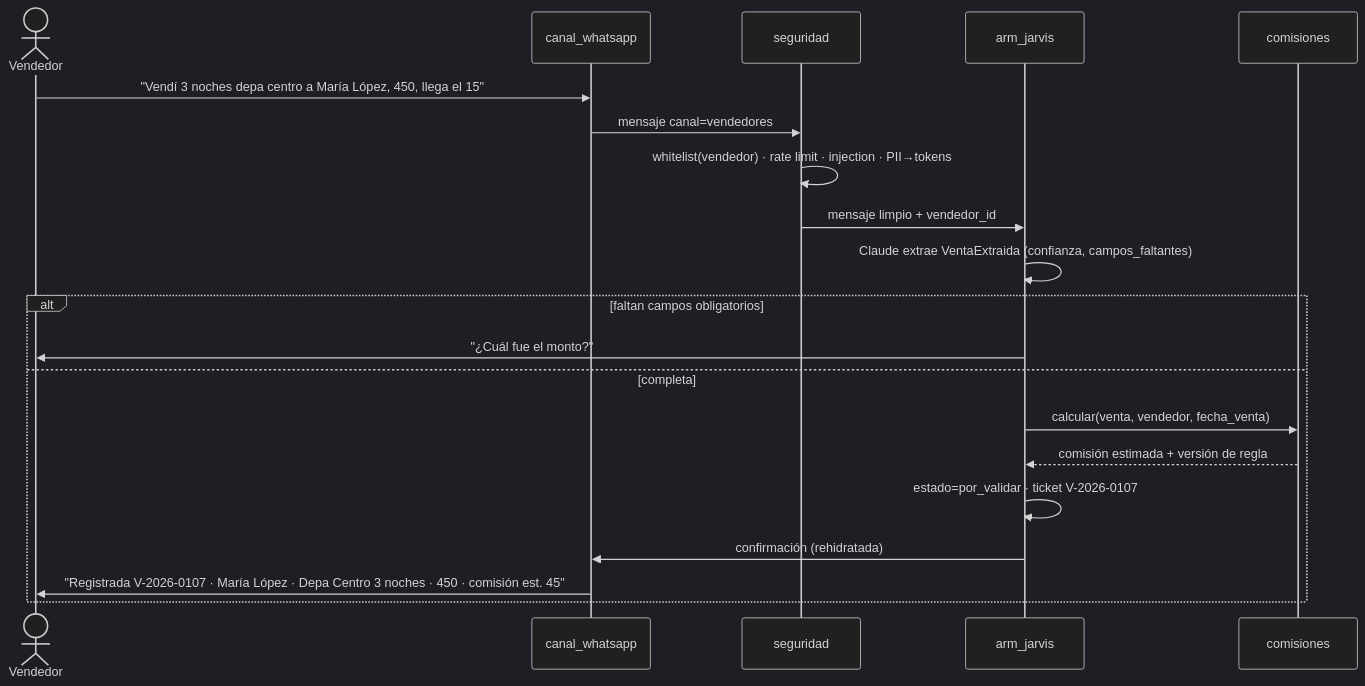
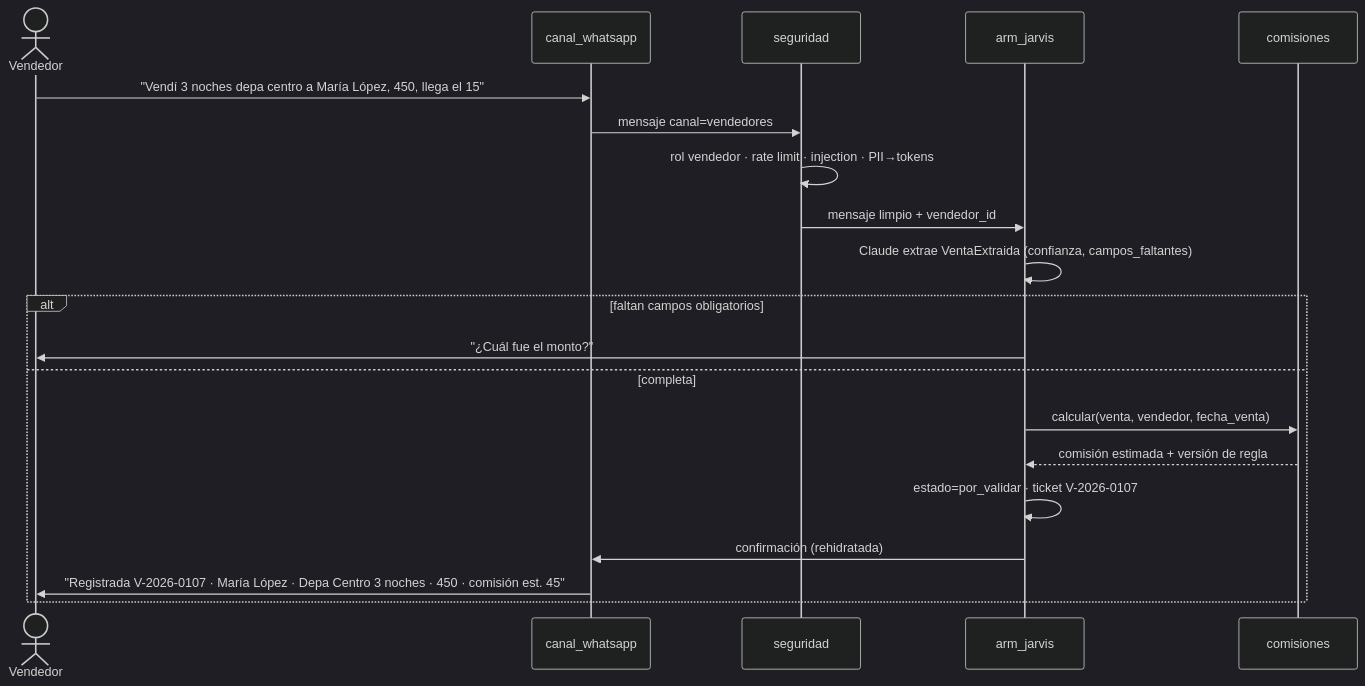
The third of 5 diagrams in docs/PRD.md (jucaprosi/Asistencia), drawn with Mermaid (dark theme) before and after one commit. The commit also changed other lines of this file and 56 other files, not shown here.

````diff
--- a/docs/PRD.md
+++ b/docs/PRD.md
@@ -410,22 +417,22 @@
 ```mermaid
 sequenceDiagram
     actor V as Vendedor
     participant GW as canal_whatsapp
     participant SEC as seguridad
     participant ARM as arm_jarvis
     participant COM as comisiones
     V->>GW: "Vendí 3 noches depa centro a María López, 450, llega el 15"
     GW->>SEC: mensaje canal=vendedores
-    SEC->>SEC: whitelist(vendedor) · rate limit · injection · PII→tokens
+    SEC->>SEC: rol vendedor · rate limit · injection · PII→tokens
     SEC->>ARM: mensaje limpio + vendedor_id
     ARM->>ARM: Claude extrae VentaExtraida (confianza, campos_faltantes)
     alt faltan campos obligatorios
         ARM->>V: "¿Cuál fue el monto?"
     else completa
         ARM->>COM: calcular(venta, vendedor, fecha_venta)
         COM-->>ARM: comisión estimada + versión de regla
         ARM->>ARM: estado=por_validar · ticket V-2026-0107
         ARM->>GW: confirmación (rehidratada)
         GW->>V: "Registrada V-2026-0107 · María López · Depa Centro 3 noches · 450 · comisión est. 45"
     end
 ```
````
